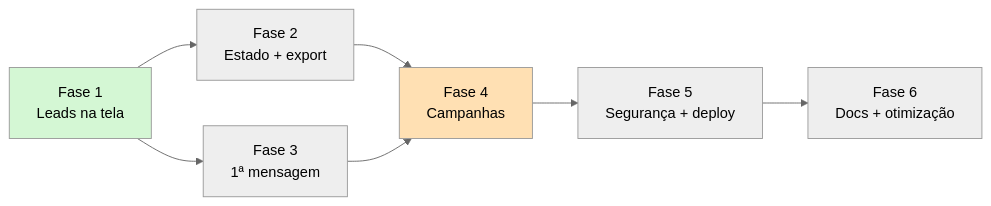
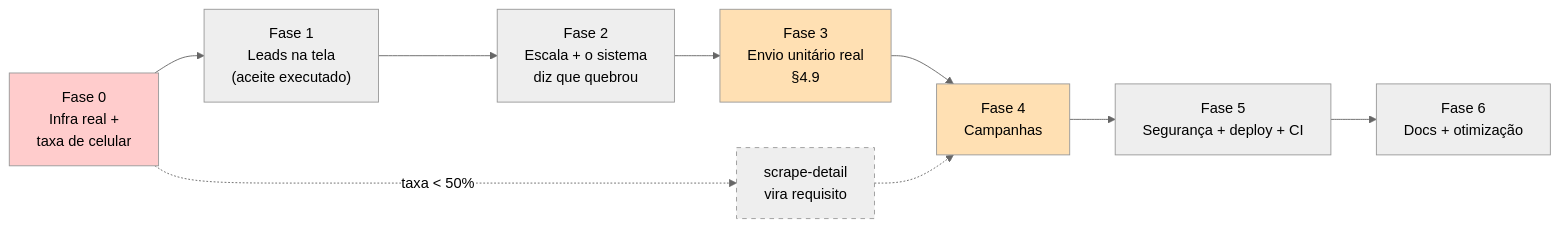
Before and after one commit to OverSoccerClub/InnoProspect: the sixth of 6 diagrams in ARQUITETURA.md, drawn with Mermaid (neutral theme). The commit also changed other lines of this file and 7 other files, not shown here.

````diff
--- a/ARQUITETURA.md
+++ b/ARQUITETURA.md
@@ -1440,11 +1997,15 @@
 ```mermaid
 graph LR
-    F1["Fase 1<br/>Leads na tela"] --> F2["Fase 2<br/>Estado + export"]
-    F1 --> F3["Fase 3<br/>1ª mensagem"]
-    F2 --> F4["Fase 4<br/>Campanhas"]
-    F3 --> F4
-    F4 --> F5["Fase 5<br/>Segurança + deploy"]
+    F0["Fase 0<br/>Infra real +<br/>taxa de celular"] --> F1["Fase 1<br/>Leads na tela<br/>(aceite executado)"]
+    F1 --> F2["Fase 2<br/>Escala + o sistema<br/>diz que quebrou"]
+    F2 --> F3["Fase 3<br/>Envio unitário real<br/>§4.9"]
+    F3 --> F4["Fase 4<br/>Campanhas"]
+    F4 --> F5["Fase 5<br/>Segurança + deploy + CI"]
     F5 --> F6["Fase 6<br/>Docs + otimização"]
-    style F1 fill:#d4f7d4
+    F0 -. "taxa &lt; 50%" .-> SD["scrape-detail<br/>vira requisito"]
+    SD -.-> F4
+    style F0 fill:#ffcccc
+    style F3 fill:#ffe0b3
     style F4 fill:#ffe0b3
+    style SD stroke-dasharray: 5 5
 ```
````
